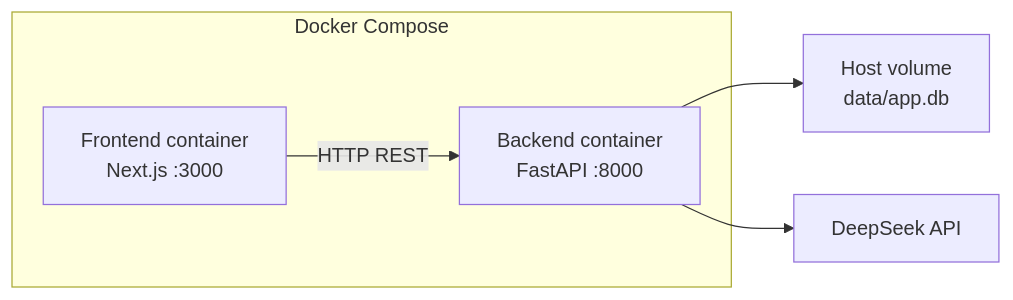
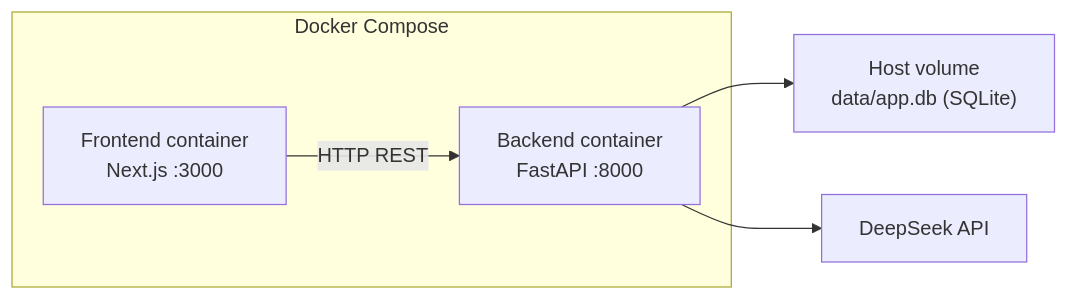
The fifth of 5 diagrams in ARCHITECTURE.md (HoangToan-nobi/AI-assisted-medication-use), drawn with Mermaid before and after one commit. The commit also changed other lines of this file, not shown here.

First line of the commit message:
docs(architecture): đồng bộ tài liệu kiến trúc với hệ thống production

````diff
--- a/ARCHITECTURE.md
+++ b/ARCHITECTURE.md
@@ -201,14 +233,14 @@
 ```mermaid
 flowchart LR
     subgraph DOCKER["Docker Compose"]
         FRONTEND["Frontend container<br/>Next.js :3000"]
         BACKEND["Backend container<br/>FastAPI :8000"]
     end
 
-    DB["Host volume<br/>data/app.db"]
+    DB["Host volume<br/>data/app.db (SQLite)"]
     LLM["DeepSeek API"]
 
     FRONTEND -->|"HTTP REST"| BACKEND
     BACKEND --> DB
     BACKEND --> LLM
 ```
````
